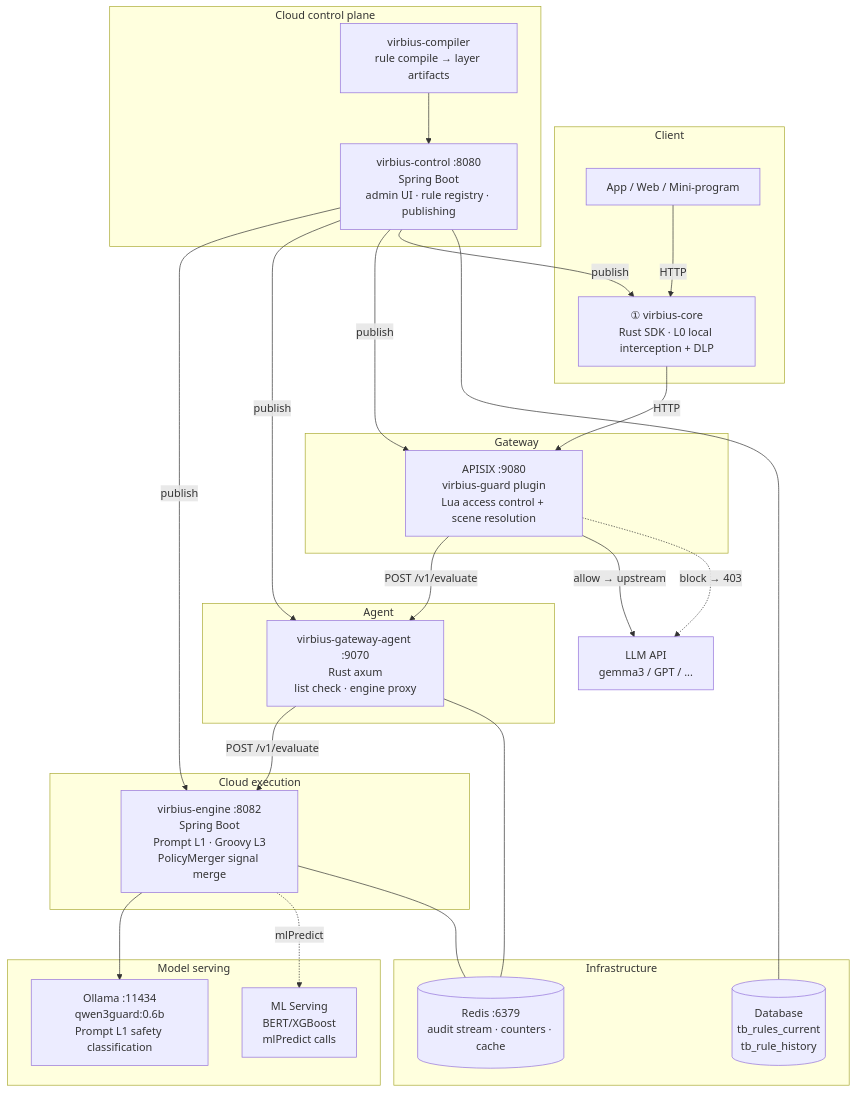
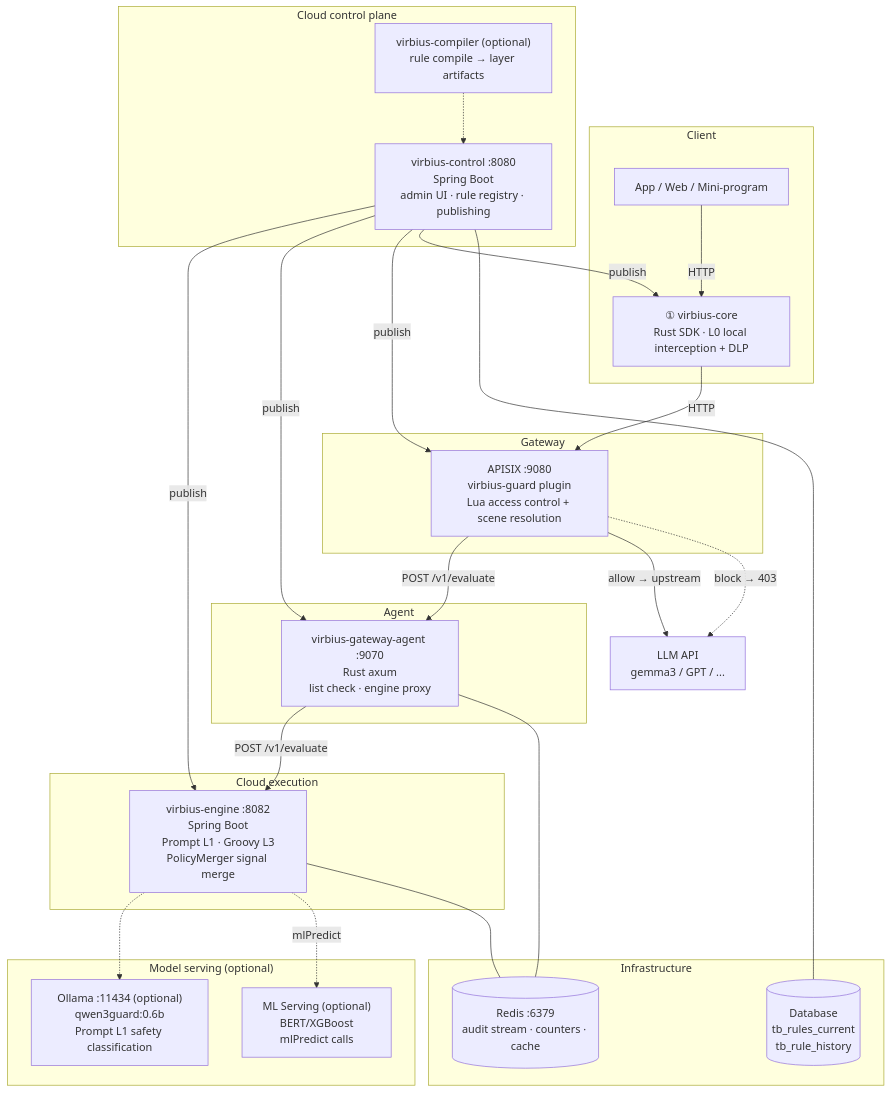
Before and after one commit to i1see1you/VirbiusLLM: the second of 2 diagrams in README.md, drawn with Mermaid. The commit also changed 3 other files, not shown here.

````diff
--- a/README.md
+++ b/README.md
@@ -68,49 +68,49 @@
 ```mermaid
 flowchart TB
     subgraph Client["Client"]
         APP["App / Web / Mini-program"]
         EDGE["① virbius-core<br/>Rust SDK · L0 local interception + DLP"]
     end
 
     subgraph Gateway["Gateway"]
         APISIX["APISIX :9080<br/>virbius-guard plugin<br/>Lua access control + scene resolution"]
     end
 
     subgraph Agent["Agent"]
         AGENT["virbius-gateway-agent :9070<br/>Rust axum<br/>list check · engine proxy"]
     end
 
     subgraph Engine["Cloud execution"]
         ENGINE["virbius-engine :8082<br/>Spring Boot<br/>Prompt L1 · Groovy L3<br/>PolicyMerger signal merge"]
     end
 
     subgraph Control["Cloud control plane"]
         CONTROL["virbius-control :8080<br/>Spring Boot<br/>admin UI · rule registry · publishing"]
-        COMPILER["virbius-compiler<br/>rule compile → layer artifacts"]
+        COMPILER["virbius-compiler (optional)<br/>rule compile → layer artifacts"]
     end
 
-    subgraph Models["Model serving"]
-        OLLAMA["Ollama :11434<br/>qwen3guard:0.6b<br/>Prompt L1 safety classification"]
-        ML["ML Serving<br/>BERT/XGBoost<br/>mlPredict calls"]
+    subgraph Models["Model serving (optional)"]
+        OLLAMA["Ollama :11434 (optional)<br/>qwen3guard:0.6b<br/>Prompt L1 safety classification"]
+        ML["ML Serving (optional)<br/>BERT/XGBoost<br/>mlPredict calls"]
     end
 
     subgraph Infra["Infrastructure"]
         REDIS[("Redis :6379<br/>audit stream · counters · cache")]
         DB[("Database<br/>tb_rules_current<br/>tb_rule_history")]
     end
 
     APP -->|"HTTP"| EDGE -->|"HTTP"| APISIX
     APISIX -->|"POST /v1/evaluate"| AGENT -->|"POST /v1/evaluate"| ENGINE
-    ENGINE --> OLLAMA
+    ENGINE -.-> OLLAMA
     ENGINE -.->|"mlPredict"| ML
     APISIX -->|"allow → upstream"| LLM["LLM API<br/>gemma3 / GPT / ..."]
     APISIX -.->|"block → 403"| LLM
     CONTROL -->|"publish"| ENGINE
     CONTROL -->|"publish"| AGENT
     CONTROL -->|"publish"| APISIX
     CONTROL -->|"publish"| EDGE
-    COMPILER --> CONTROL
+    COMPILER -.-> CONTROL
     CONTROL --- DB
     AGENT --- REDIS
     ENGINE --- REDIS
 ```
````
